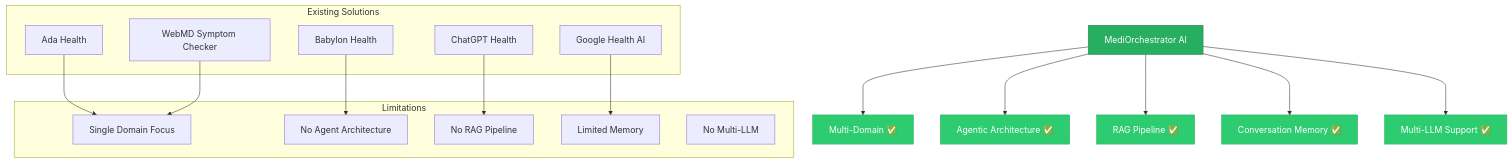
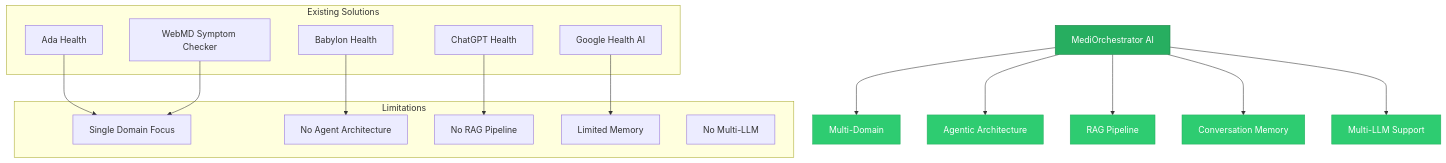
Before and after one commit to Samarjamal326/MediOrchesctrator-Agent: the fourth of 12 diagrams in docs/01_Project_Foundation.md, drawn with Mermaid. The commit also changed other lines of this file and 5 other files, not shown here.

````diff
--- a/docs/01_Project_Foundation.md
+++ b/docs/01_Project_Foundation.md
@@ -167,37 +167,37 @@
 ```mermaid
 graph TB
     subgraph "Existing Solutions"
         A[Ada Health]
         B[Babylon Health]
         C[ChatGPT Health]
         D[Google Health AI]
         E[WebMD Symptom Checker]
     end
     
     subgraph "Limitations"
         L1[Single Domain Focus]
         L2[No Agent Architecture]
         L3[No RAG Pipeline]
         L4[Limited Memory]
         L5[No Multi-LLM]
     end
 
     A --> L1
     B --> L2
     C --> L3
     D --> L4
     E --> L1
 
-    MO[MediOrchestrator AI] --> S1[Multi-Domain ✅]
-    MO --> S2[Agentic Architecture ✅]
-    MO --> S3[RAG Pipeline ✅]
-    MO --> S4[Conversation Memory ✅]
-    MO --> S5[Multi-LLM Support ✅]
+    MO[MediOrchestrator AI] --> S1[Multi-Domain ]
+    MO --> S2[Agentic Architecture ]
+    MO --> S3[RAG Pipeline ]
+    MO --> S4[Conversation Memory ]
+    MO --> S5[Multi-LLM Support ]
 
     style MO fill:#27AE60,stroke:#1E8449,color:#fff
     style S1 fill:#2ECC71,stroke:#27AE60,color:#fff
     style S2 fill:#2ECC71,stroke:#27AE60,color:#fff
     style S3 fill:#2ECC71,stroke:#27AE60,color:#fff
     style S4 fill:#2ECC71,stroke:#27AE60,color:#fff
     style S5 fill:#2ECC71,stroke:#27AE60,color:#fff
 ```
````
